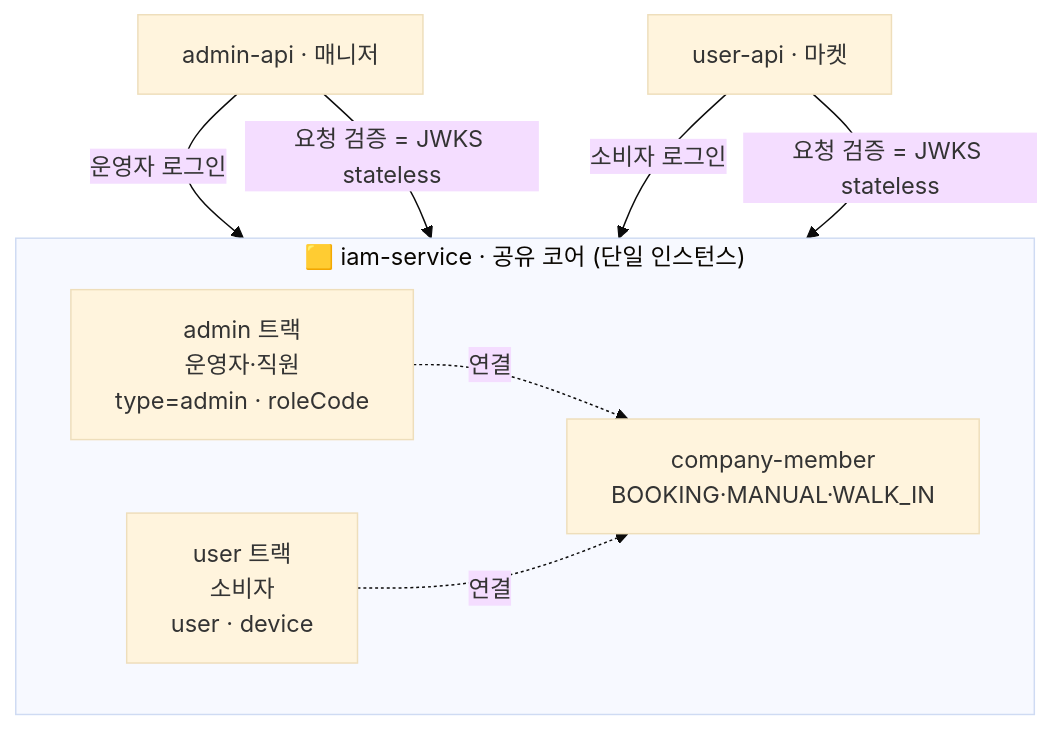
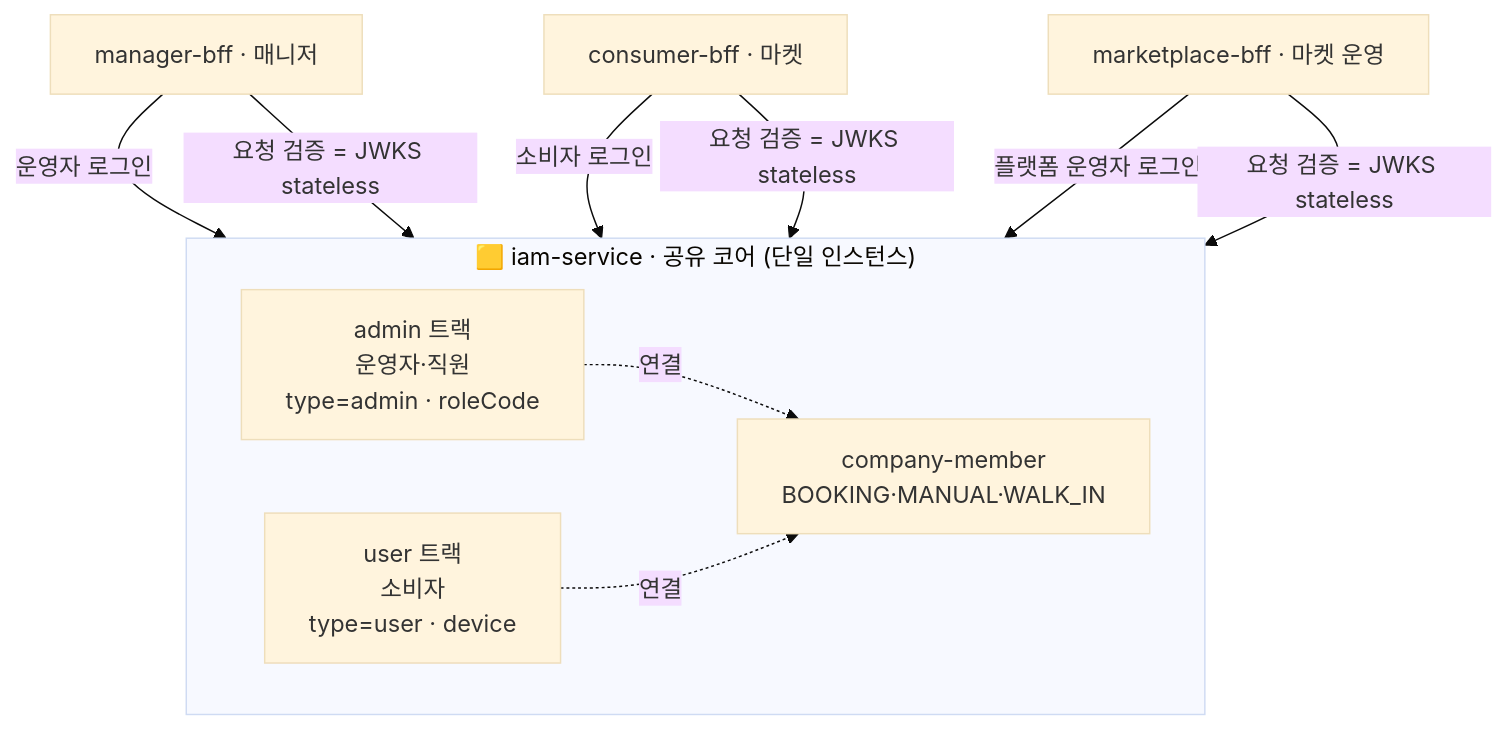
Before and after one commit to uniyous/parkgolf-platform: the tenth of 10 diagrams in docs/architecture/erp-booking-split.md, drawn with Mermaid (base theme). The commit also changed other lines of this file and 793 other files, not shown here.

First line of the commit message:
refactor(infra): 서비스 6종 리네임 — manager/marketplace/consumer/concierge/billing (UNI-91)

````diff
--- a/docs/architecture/erp-booking-split.md
+++ b/docs/architecture/erp-booking-split.md
@@ -273,16 +504,17 @@
 ```mermaid
 flowchart TB
     subgraph IAM["🟨 iam-service · 공유 코어 (단일 인스턴스)"]
         direction LR
         ADMIN["admin 트랙<br/>운영자·직원<br/>type=admin · roleCode"]
-        USER["user 트랙<br/>소비자<br/>user · device"]
+        USER["user 트랙<br/>소비자<br/>type=user · device"]
         CM["company-member<br/>BOOKING·MANUAL·WALK_IN"]
         ADMIN -.연결.-> CM
         USER -.연결.-> CM
     end
-
-    AAPI["admin-api · 매니저"] -->|운영자 로그인| ADMIN
-    UAPI["user-api · 마켓"] -->|소비자 로그인| USER
-    AAPI -->|"요청 검증 = JWKS stateless"| IAM
-    UAPI -->|"요청 검증 = JWKS stateless"| IAM
+    MBFF["manager-bff · 매니저"] -->|운영자 로그인| ADMIN
+    CBFF["consumer-bff · 마켓"] -->|소비자 로그인| USER
+    MKBFF["marketplace-bff · 마켓 운영"] -->|플랫폼 운영자 로그인| ADMIN
+    MBFF -->|"요청 검증 = JWKS stateless"| IAM
+    CBFF -->|"요청 검증 = JWKS stateless"| IAM
+    MKBFF -->|"요청 검증 = JWKS stateless"| IAM
 ```
````
